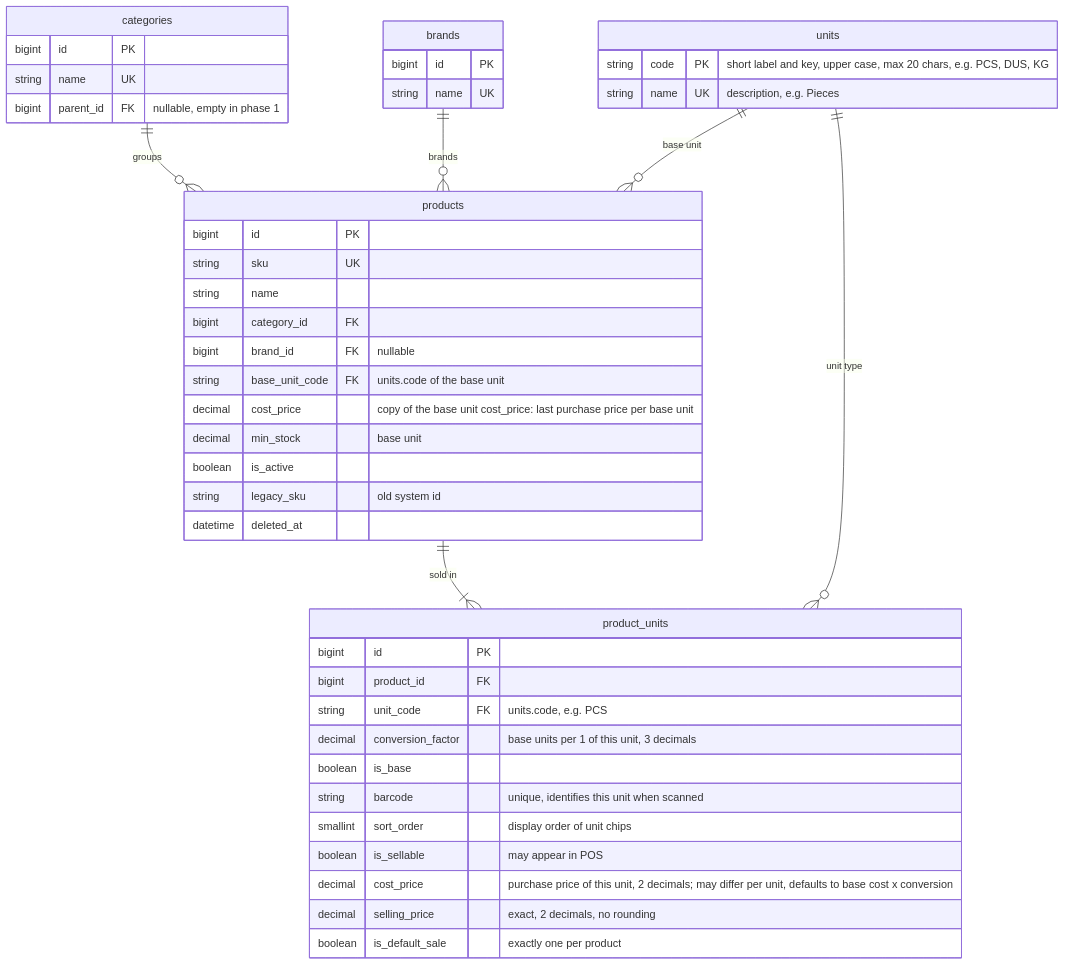
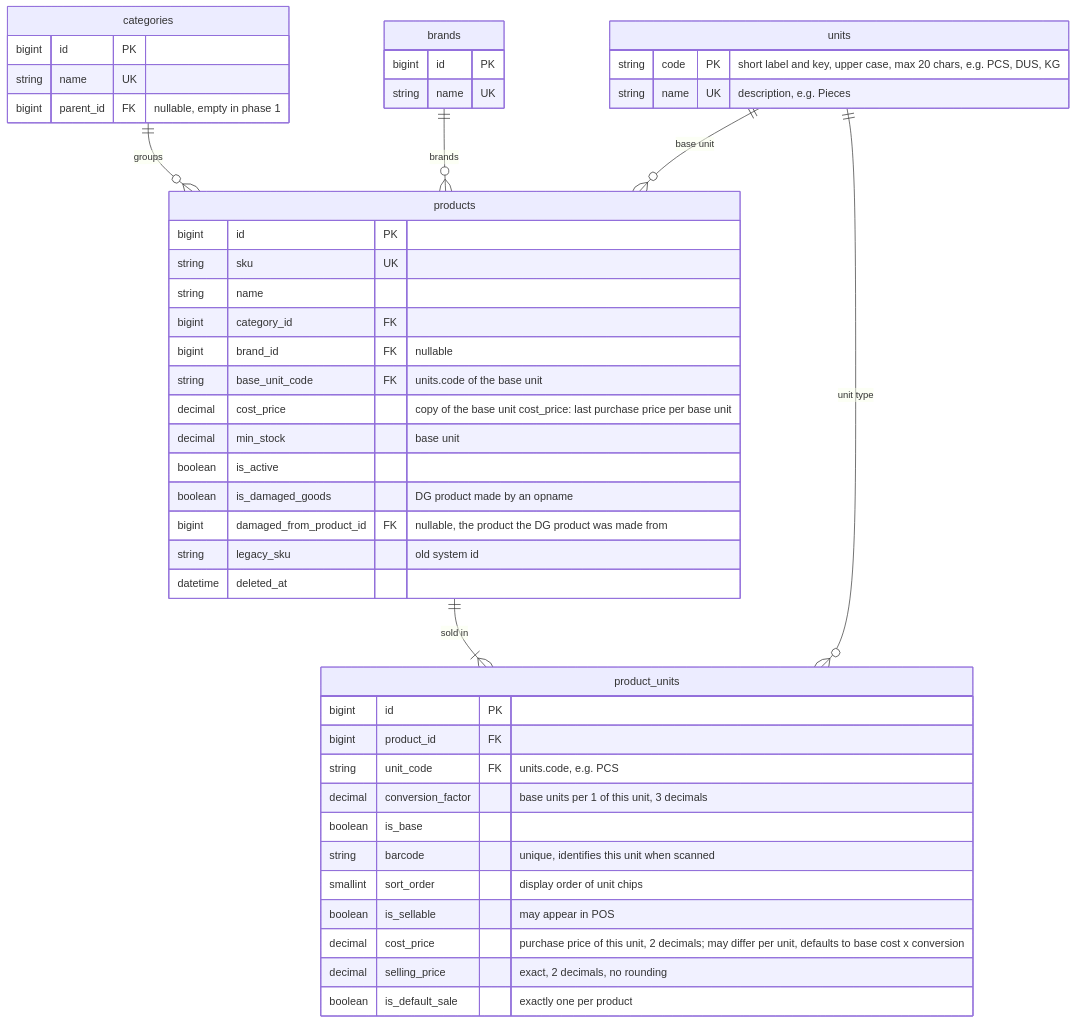
One commit to aliefpraditya/store-management changed diagram 20 of 30 in docs/analisis-sistem.md. Above: the diagram before and after it, drawn with Mermaid. The commit also changed other lines of this file and 51 other files, not shown here.

````diff
--- a/docs/analisis-sistem.md
+++ b/docs/analisis-sistem.md
@@ -964,48 +964,50 @@
 ```mermaid
 erDiagram
     categories ||--o{ products : "groups"
     brands ||--o{ products : "brands"
     units ||--o{ products : "base unit"
     products ||--|{ product_units : "sold in"
     units ||--o{ product_units : "unit type"
 
     products {
         bigint id PK
         string sku UK
         string name
         bigint category_id FK
         bigint brand_id FK "nullable"
         string base_unit_code FK "units.code of the base unit"
         decimal cost_price "copy of the base unit cost_price: last purchase price per base unit"
         decimal min_stock "base unit"
         boolean is_active
+        boolean is_damaged_goods "DG product made by an opname"
+        bigint damaged_from_product_id FK "nullable, the product the DG product was made from"
         string legacy_sku "old system id"
         datetime deleted_at
     }
     product_units {
         bigint id PK
         bigint product_id FK
         string unit_code FK "units.code, e.g. PCS"
         decimal conversion_factor "base units per 1 of this unit, 3 decimals"
         boolean is_base
         string barcode "unique, identifies this unit when scanned"
         smallint sort_order "display order of unit chips"
         boolean is_sellable "may appear in POS"
         decimal cost_price "purchase price of this unit, 2 decimals; may differ per unit, defaults to base cost x conversion"
         decimal selling_price "exact, 2 decimals, no rounding"
         boolean is_default_sale "exactly one per product"
     }
     categories {
         bigint id PK
         string name UK
         bigint parent_id FK "nullable, empty in phase 1"
     }
     brands {
         bigint id PK
         string name UK
     }
     units {
         string code PK "short label and key, upper case, max 20 chars, e.g. PCS, DUS, KG"
         string name UK "description, e.g. Pieces"
     }
 ```
````
